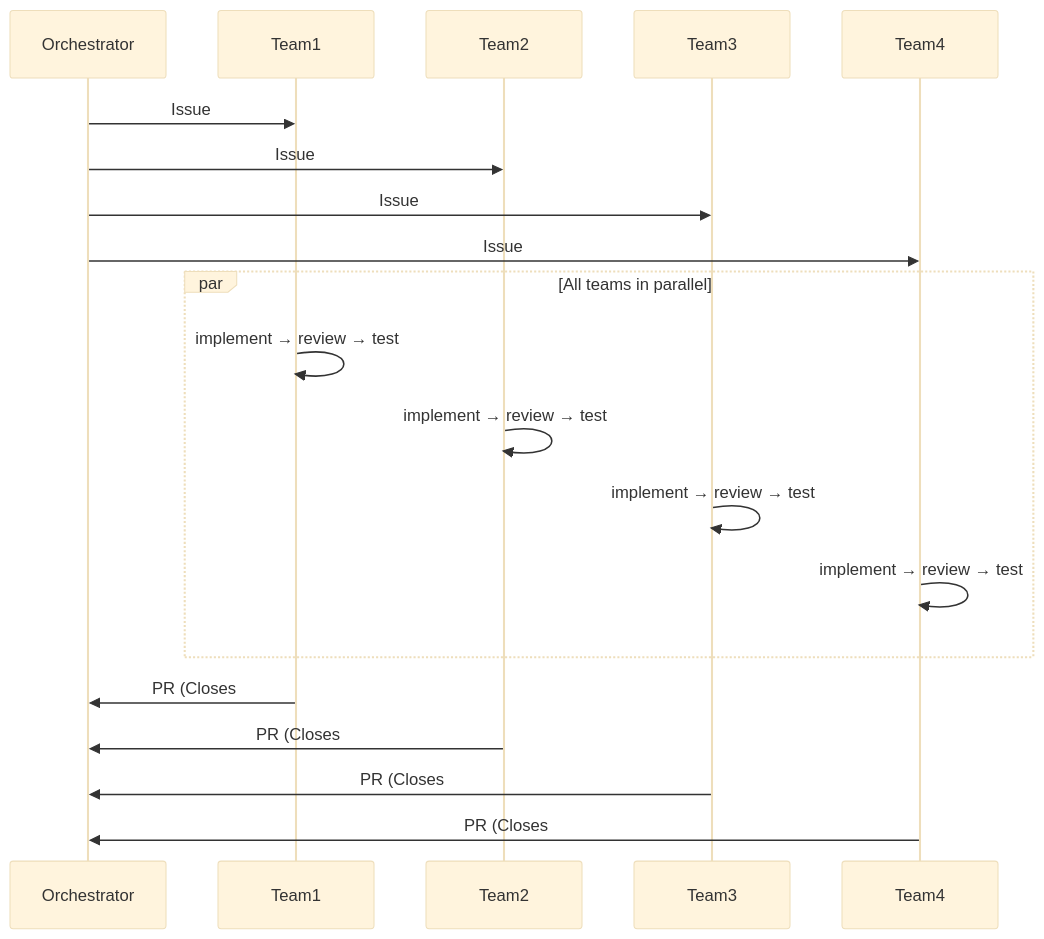
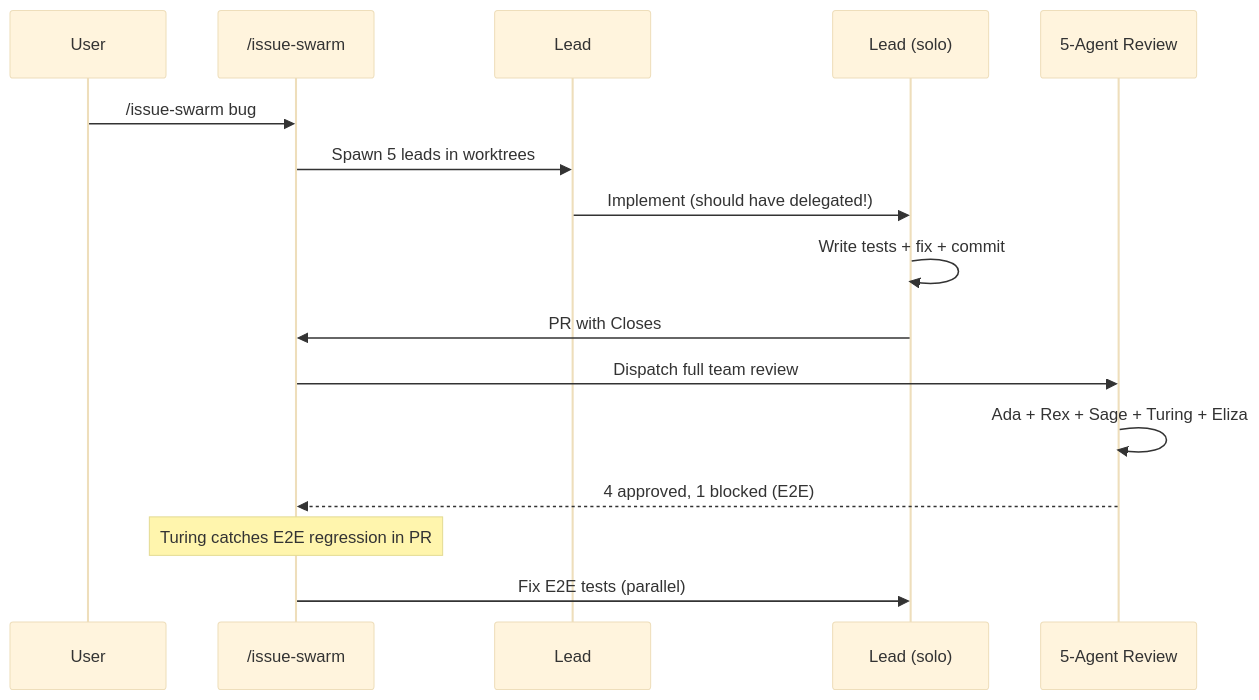
The eighth of 8 diagrams in presentations/agentic-development/slides.md (dulvac/marko-pollo), drawn with Mermaid (base theme) before and after one commit. The commit also changed other lines of this file, not shown here.

First line of the commit message:
feat: replace generic issue swarm slides with real session data

````diff
--- a/presentations/agentic-development/slides.md
+++ b/presentations/agentic-development/slides.md
@@ -368,25 +393,21 @@
 ```mermaid
 sequenceDiagram
-    participant Orchestrator
-    participant Team1
-    participant Team2
-    participant Team3
-    participant Team4
+    participant User
+    participant Swarm as /issue-swarm
+    participant Lead
+    participant Solo as Lead (solo)
+    participant Review as 5-Agent Review
 
-    Orchestrator->>Team1: Issue #7 (worktree)
-    Orchestrator->>Team2: Issue #12 (worktree)
-    Orchestrator->>Team3: Issue #15 (worktree)
-    Orchestrator->>Team4: Issue #18 (worktree)
+    User->>Swarm: /issue-swarm bug
+    Swarm->>Lead: Spawn 5 leads in worktrees
+    Lead->>Solo: Implement (should have delegated!)
+    Solo->>Solo: Write tests + fix + commit
+    Solo->>Swarm: PR with Closes #N
 
-    par All teams in parallel
-        Team1->>Team1: implement → review → test
-        Team2->>Team2: implement → review → test
-        Team3->>Team3: implement → review → test
-        Team4->>Team4: implement → review → test
-    end
+    Swarm->>Review: Dispatch full team review
+    Review->>Review: Ada + Rex + Sage + Turing + Eliza
+    Review-->>Swarm: 4 approved, 1 blocked (E2E)
 
-    Team1->>Orchestrator: PR (Closes #7)
-    Team2->>Orchestrator: PR (Closes #12)
-    Team3->>Orchestrator: PR (Closes #15)
-    Team4->>Orchestrator: PR (Closes #18)
+    Note over Swarm: Turing catches E2E regression in PR #12
+    Swarm->>Solo: Fix E2E tests (parallel)
 ```
````
